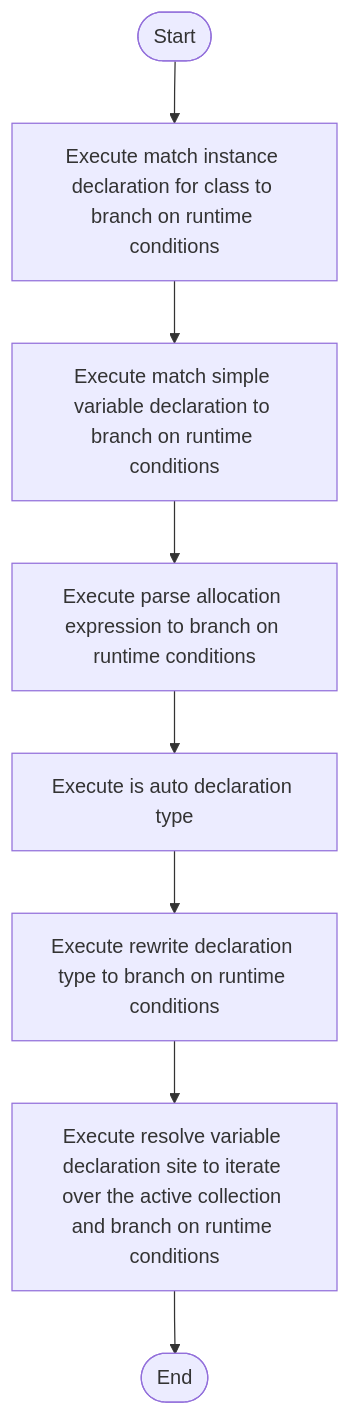
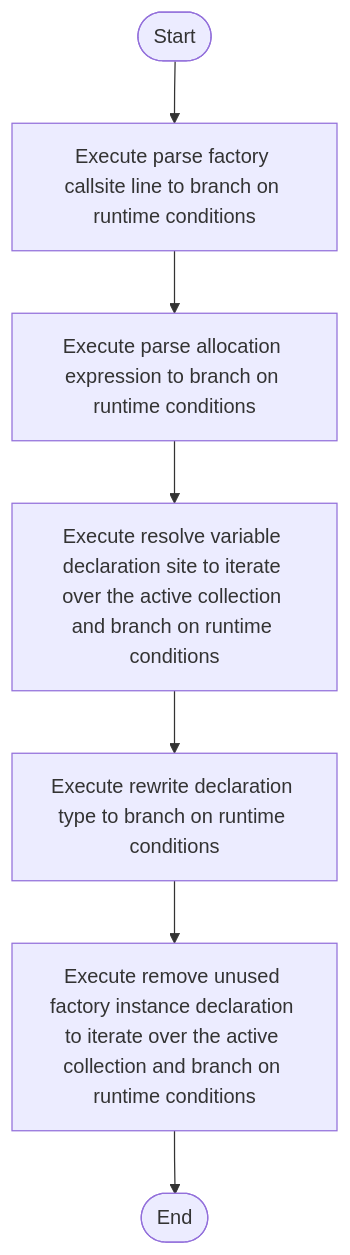
Before and after one commit to JohnAndrewBalbarosa/NeoTerritory: the diagram in docs/Codebase/Microservice/Modules/Source/Creational/Transform/creational_transform_factory_reverse_rewrite.cpp.md, drawn with Mermaid. The commit also changed 148 other files, not shown here.

````diff
--- a/docs/Codebase/Microservice/Modules/Source/Creational/Transform/creational_transform_factory_reverse_rewrite.cpp.md
+++ b/docs/Codebase/Microservice/Modules/Source/Creational/Transform/creational_transform_factory_reverse_rewrite.cpp.md
@@ -33,18 +33,16 @@
 ```mermaid
 flowchart TD
     Start([Start])
-    N0[Execute match instance declaration for class to branch on runtime conditions]
-    N1[Execute match simple variable declaration to branch on runtime conditions]
-    N2[Execute parse allocation expression to branch on runtime conditions]
-    N3[Execute is auto declaration type]
-    N4[Execute rewrite declaration type to branch on runtime conditions]
-    N5[Execute resolve variable declaration site to iterate over the active collection and branch on runtime conditions]
+    N0[Execute parse factory callsite line to branch on runtime conditions]
+    N1[Execute parse allocation expression to branch on runtime conditions]
+    N2[Execute resolve variable declaration site to iterate over the active collection and branch on runtime conditions]
+    N3[Execute rewrite declaration type to branch on runtime conditions]
+    N4[Execute remove unused factory instance declaration to iterate over the active collection and branch on runtime conditions]
     End([End])
     Start --> N0
     N0 --> N1
     N1 --> N2
     N2 --> N3
     N3 --> N4
-    N4 --> N5
-    N5 --> End
+    N4 --> End
 ```
````
